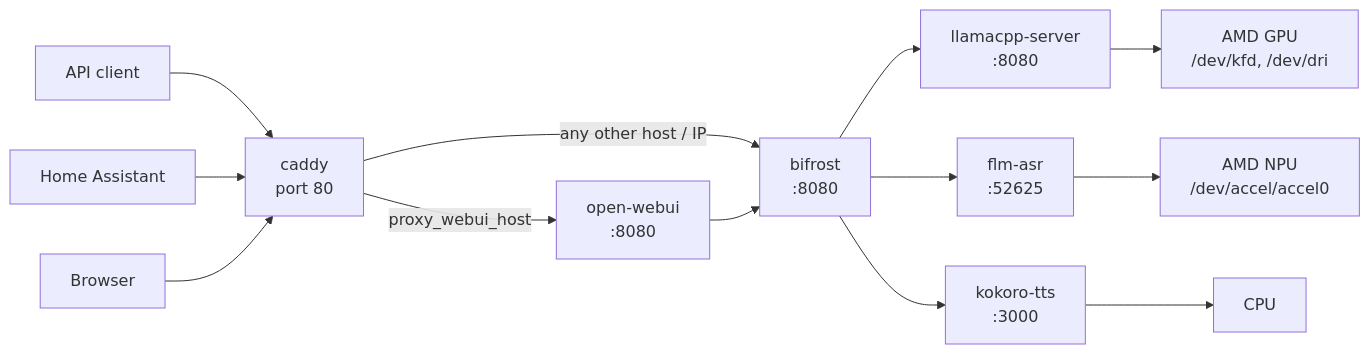
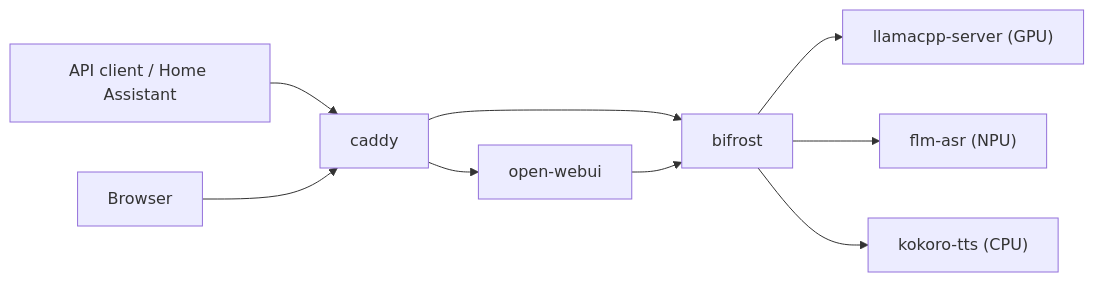
The diagram in README.md (edepree/llm), drawn with Mermaid before and after one commit. The commit also changed other lines of this file and 4 other files, not shown here.

````diff
--- a/README.md
+++ b/README.md
@@ -131,15 +20,11 @@
 ```mermaid
 flowchart LR
-    CLIENT["API client"] --> CADDY["caddy\nport 80"]
-    HA["Home Assistant"] --> CADDY
+    CLIENT["API client / Home Assistant"] --> CADDY["caddy"]
     BROWSER["Browser"] --> CADDY
-    CADDY -->|"any other host / IP"| BIFROST["bifrost\n:8080"]
-    CADDY -->|"proxy_webui_host"| WEBUI["open-webui\n:8080"]
+    CADDY --> BIFROST["bifrost"]
+    CADDY --> WEBUI["open-webui"]
     WEBUI --> BIFROST
-    BIFROST --> LLAMA["llamacpp-server\n:8080"]
-    BIFROST --> FLM["flm-asr\n:52625"]
-    BIFROST --> TTS["kokoro-tts\n:3000"]
-    LLAMA --> GPU["AMD GPU\n/dev/kfd, /dev/dri"]
-    FLM --> NPU["AMD NPU\n/dev/accel/accel0"]
-    TTS --> CPU["CPU"]
+    BIFROST --> LLAMA["llamacpp-server (GPU)"]
+    BIFROST --> FLM["flm-asr (NPU)"]
+    BIFROST --> TTS["kokoro-tts (CPU)"]
 ```
````
